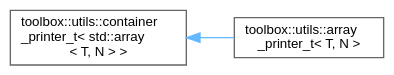
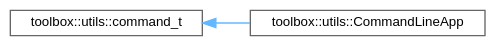
Before and after one commit to nerdneilsfield/cpp-toolbox: the diagram in inherit_graph_71.dot, drawn with Graphviz. The commit also changed 158 other files, not shown here.

```diff
--- a/inherit_graph_71.dot
+++ b/inherit_graph_71.dot
@@ -1,11 +1,11 @@
 digraph "Graphical Class Hierarchy"
 {
  // LATEX_PDF_SIZE
   bgcolor="transparent";
   edge [fontname=Helvetica,fontsize=10,labelfontname=Helvetica,labelfontsize=10];
   node [fontname=Helvetica,fontsize=10,shape=box,height=0.2,width=0.4];
   rankdir="LR";
-  Node0 [id="Node000000",label="toolbox::utils::container\l_printer_t\< std::array\l\< T, N \> \>",height=0.2,width=0.4,color="grey40", fillcolor="white", style="filled",URL="$classtoolbox_1_1utils_1_1container__printer__t.html",tooltip=" "];
-  Node0 -> Node1 [id="edge44_Node000000_Node000001",dir="back",color="steelblue1",style="solid",tooltip=" "];
-  Node1 [id="Node000001",label="toolbox::utils::array\l_printer_t\< T, N \>",height=0.2,width=0.4,color="grey40", fillcolor="white", style="filled",URL="$classtoolbox_1_1utils_1_1array__printer__t.html",tooltip="Array 打印器/Array printer."];
+  Node0 [id="Node000000",label="toolbox::utils::command_t",height=0.2,width=0.4,color="grey40", fillcolor="white", style="filled",URL="$classtoolbox_1_1utils_1_1command__t.html",tooltip=" "];
+  Node0 -> Node1 [id="edge43_Node000000_Node000001",dir="back",color="steelblue1",style="solid",tooltip=" "];
+  Node1 [id="Node000001",label="toolbox::utils::CommandLineApp",height=0.2,width=0.4,color="grey40", fillcolor="white", style="filled",URL="$classtoolbox_1_1utils_1_1_command_line_app.html",tooltip=" "];
 }
```
